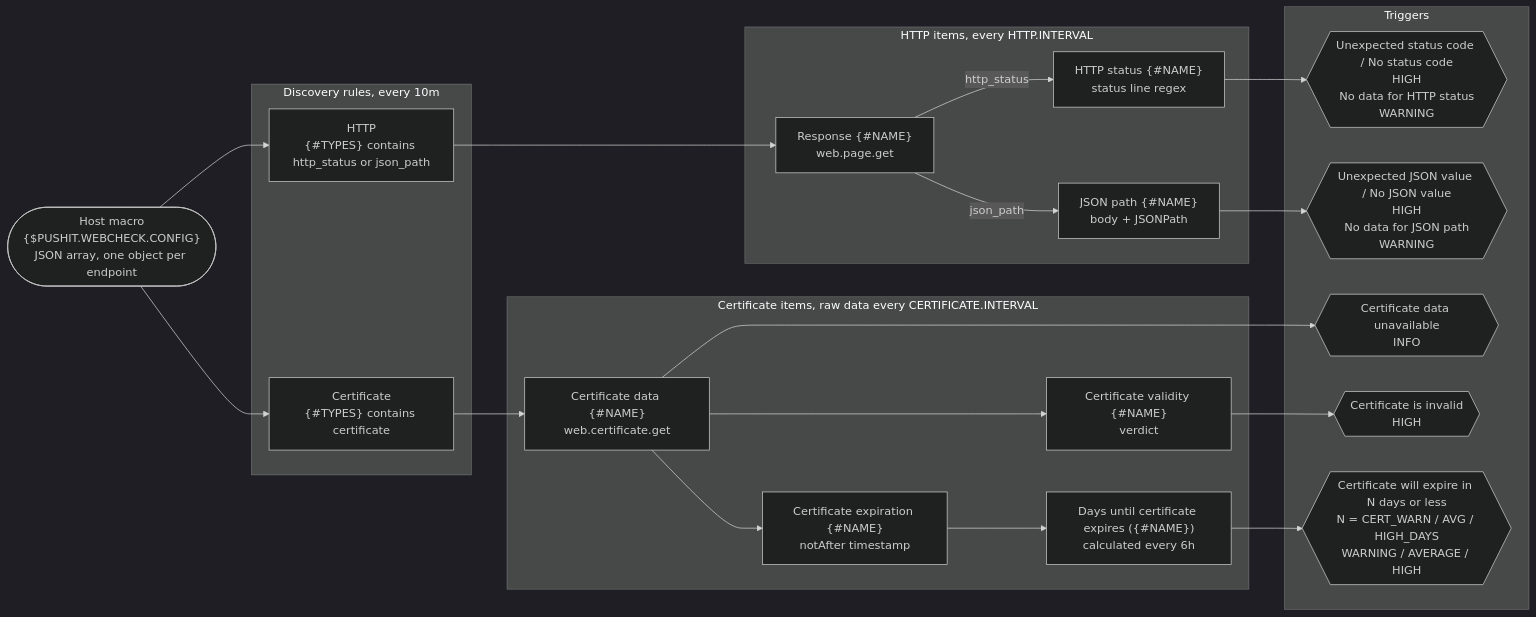
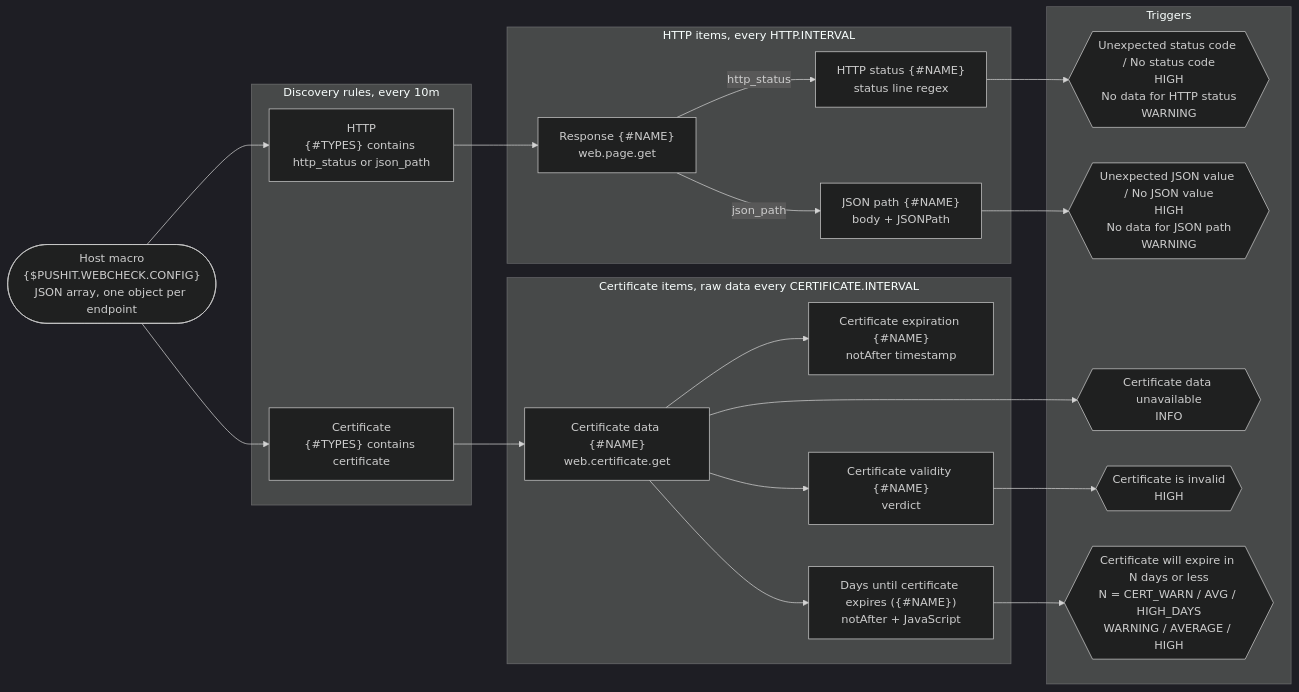
The diagram in README.md (we-push-it/zabbix-web-check), drawn with Mermaid (dark theme) before and after one commit. The commit also changed other lines of this file and 1 other file, not shown here.

Commit message:
make days until expiry a dependent item (#16)

````diff
--- a/README.md
+++ b/README.md
@@ -53,43 +53,42 @@
 ```mermaid
 flowchart LR
     CFG(["Host macro<br/>{$PUSHIT.WEBCHECK.CONFIG}<br/>JSON array, one object per endpoint"])
 
     subgraph LLD ["Discovery rules, every 10m"]
         DH["HTTP<br/>{#TYPES} contains http_status or json_path"]
         DC["Certificate<br/>{#TYPES} contains certificate"]
     end
 
     subgraph HI ["HTTP items, every HTTP.INTERVAL"]
         RAW["Response {#NAME}<br/>web.page.get"]
         ST["HTTP status {#NAME}<br/>status line regex"]
         JP["JSON path {#NAME}<br/>body + JSONPath"]
     end
 
     subgraph CI ["Certificate items, raw data every CERTIFICATE.INTERVAL"]
         CRAW["Certificate data {#NAME}<br/>web.certificate.get"]
         NA["Certificate expiration {#NAME}<br/>notAfter timestamp"]
         VAL["Certificate validity {#NAME}<br/>verdict"]
-        DAYS["Days until certificate expires ({#NAME})<br/>calculated every 6h"]
+        DAYS["Days until certificate expires ({#NAME})<br/>notAfter + JavaScript"]
     end
 
     subgraph TRG ["Triggers"]
         T1{{"Unexpected status code / No status code<br/>HIGH<br/>No data for HTTP status<br/>WARNING"}}
         T2{{"Unexpected JSON value / No JSON value<br/>HIGH<br/>No data for JSON path<br/>WARNING"}}
         T3{{"Certificate data unavailable<br/>INFO"}}
         T4{{"Certificate is invalid<br/>HIGH"}}
         T5{{"Certificate will expire in N days or less<br/>N = CERT_WARN / AVG / HIGH_DAYS<br/>WARNING / AVERAGE / HIGH"}}
     end
 
     CFG --> DH & DC
     DH --> RAW
     RAW -->|http_status| ST
     RAW -->|json_path| JP
     DC --> CRAW
-    CRAW --> NA & VAL
-    NA --> DAYS
+    CRAW --> NA & VAL & DAYS
     ST --> T1
     JP --> T2
     CRAW --> T3
     VAL --> T4
     DAYS --> T5
 ```
````
